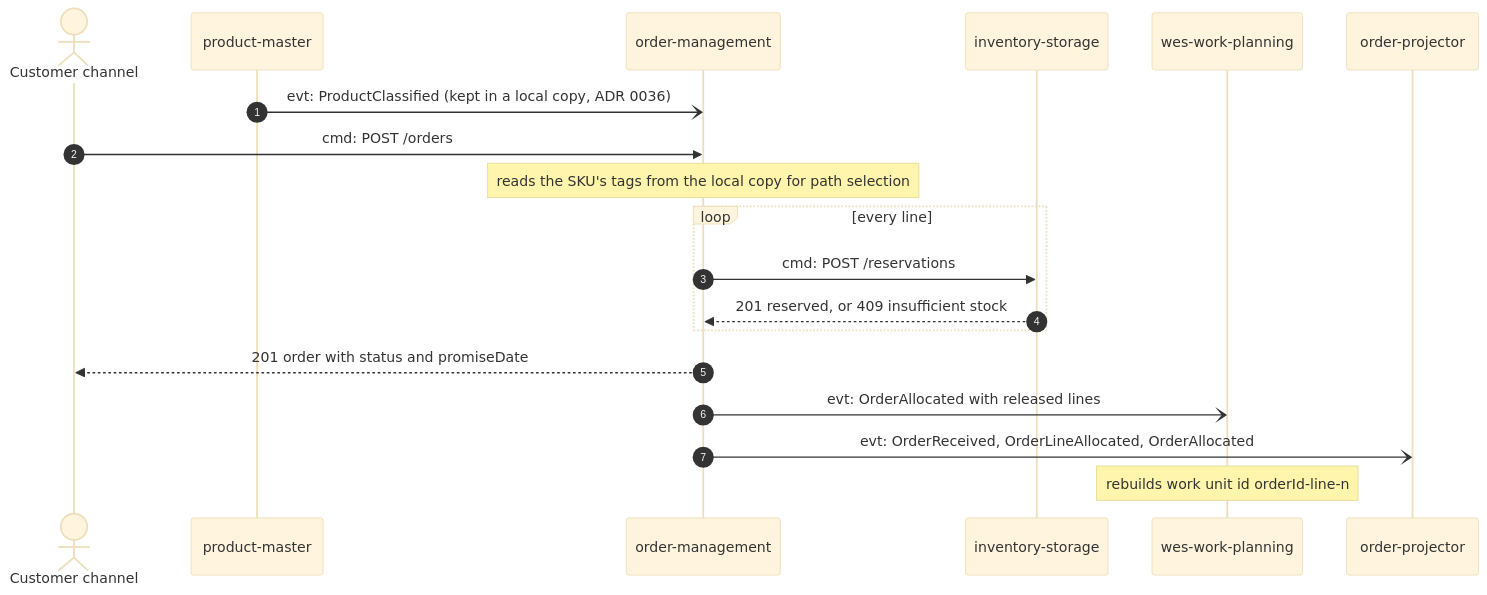
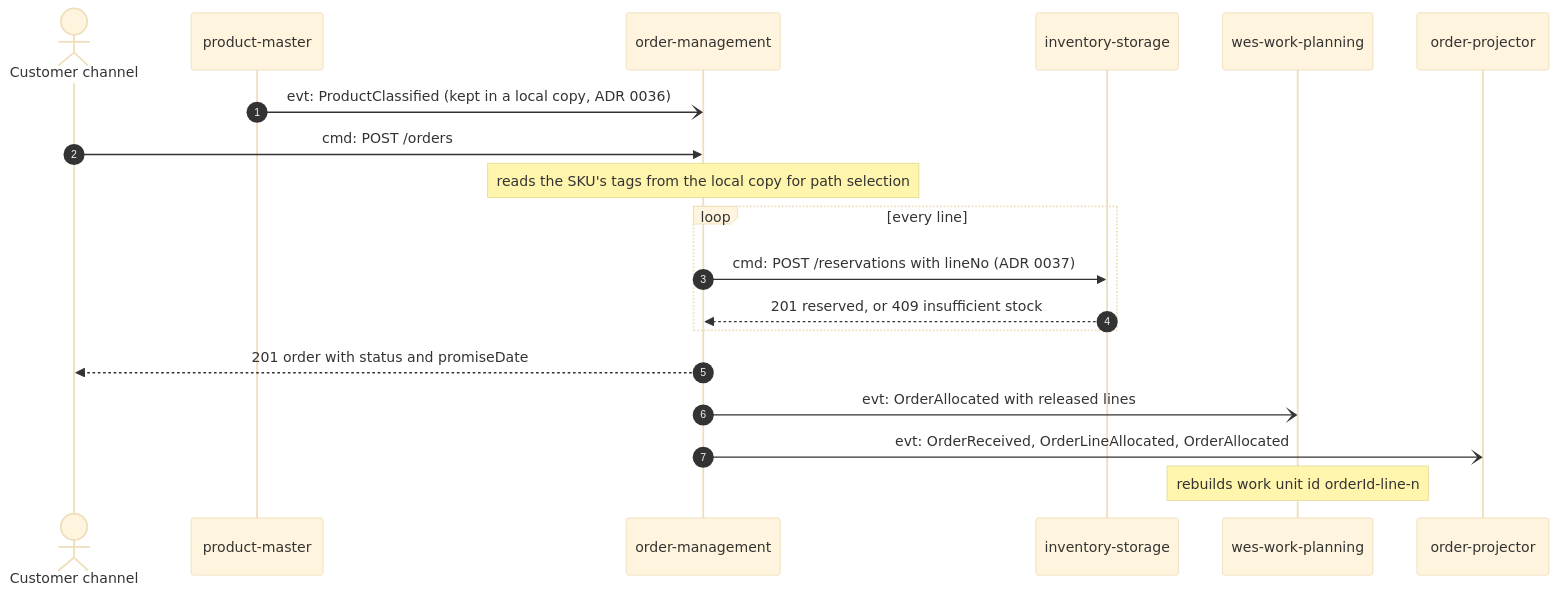
Before and after one commit to IQVO/warehouse-docs: the first of 4 diagrams in docs/contexts/order-management/domain-message-flow.md, drawn with Mermaid (base theme). The commit also changed other lines of this file and 119 other files, not shown here.

````diff
--- a/docs/contexts/order-management/domain-message-flow.md
+++ b/docs/contexts/order-management/domain-message-flow.md
@@ -25,22 +26,22 @@
 ```mermaid
 sequenceDiagram
   autonumber
   actor Customer as Customer channel
   participant PM as product-master
   participant OM as order-management
   participant INV as inventory-storage
   participant WP as wes-work-planning
   participant PJ as order-projector
 
   PM-)OM: evt: ProductClassified (kept in a local copy, ADR 0036)
   Customer->>OM: cmd: POST /orders
   Note over OM: reads the SKU's tags from the local copy for path selection
   loop every line
-    OM->>INV: cmd: POST /reservations
+    OM->>INV: cmd: POST /reservations with lineNo (ADR 0037)
     INV-->>OM: 201 reserved, or 409 insufficient stock
   end
   OM-->>Customer: 201 order with status and promiseDate
   OM-)WP: evt: OrderAllocated with released lines
   OM-)PJ: evt: OrderReceived, OrderLineAllocated, OrderAllocated
   Note over WP: rebuilds work unit id orderId-line-n
 ```
````
